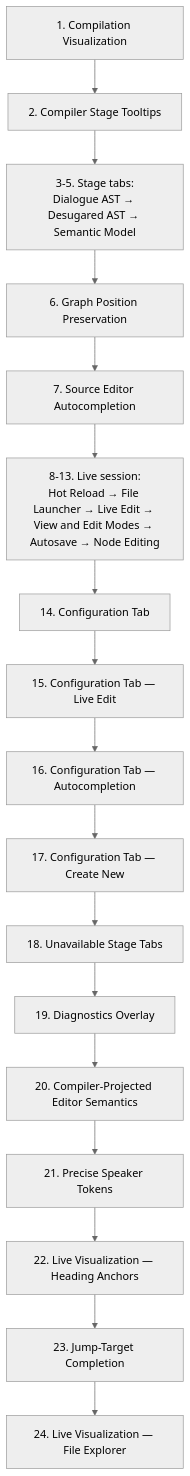
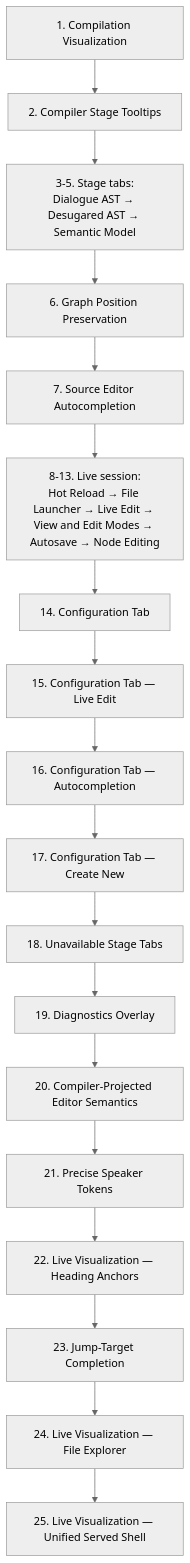
Before and after one commit to pengzhengyi/dialoguedown: the third of 4 diagrams in docs/contributing/design-notes/README.md, drawn with Mermaid (neutral theme). The commit also changed other lines of this file and 2 other files, not shown here.

Commit message:
docs(design): add the unified served shell note
Design the convergence deferred by the File Explorer note: fold the standalone
launcher page into the report's Explorer sidebar (an empty-state call to action
when no document is active), and route visualize <script> through the same
server, retiring LiveVisualizationServer and ServeMode. Registers the note in
the reading guide (#25) and toc.

````diff
--- a/docs/contributing/design-notes/README.md
+++ b/docs/contributing/design-notes/README.md
@@ -140,19 +140,20 @@
 ```mermaid
 flowchart TB
     CV["1. Compilation Visualization"] --> TT["2. Compiler Stage Tooltips"]
     TT --> TABS["3-5. Stage tabs:<br/>Dialogue AST → Desugared AST → Semantic Model"]
     TABS --> GX["6. Graph Position Preservation"]
     GX --> AC["7. Source Editor Autocompletion"]
     AC --> LIVE["8-13. Live session:<br/>Hot Reload → File Launcher → Live Edit → View and Edit Modes → Autosave → Node Editing"]
     LIVE --> CFG["14. Configuration Tab"]
     CFG --> CFGLE["15. Configuration Tab — Live Edit"]
     CFGLE --> CFGAC["16. Configuration Tab — Autocompletion"]
     CFGAC --> CFGCN["17. Configuration Tab — Create New"]
     CFGCN --> UST["18. Unavailable Stage Tabs"]
     UST --> DGO["19. Diagnostics Overlay"]
     DGO --> CPE["20. Compiler-Projected Editor Semantics"]
     CPE --> PST["21. Precise Speaker Tokens"]
     PST --> HA["22. Live Visualization — Heading Anchors"]
     HA --> JTC["23. Jump-Target Completion"]
     JTC --> FE["24. Live Visualization — File Explorer"]
+    FE --> USS["25. Live Visualization — Unified Served Shell"]
 ```
````
